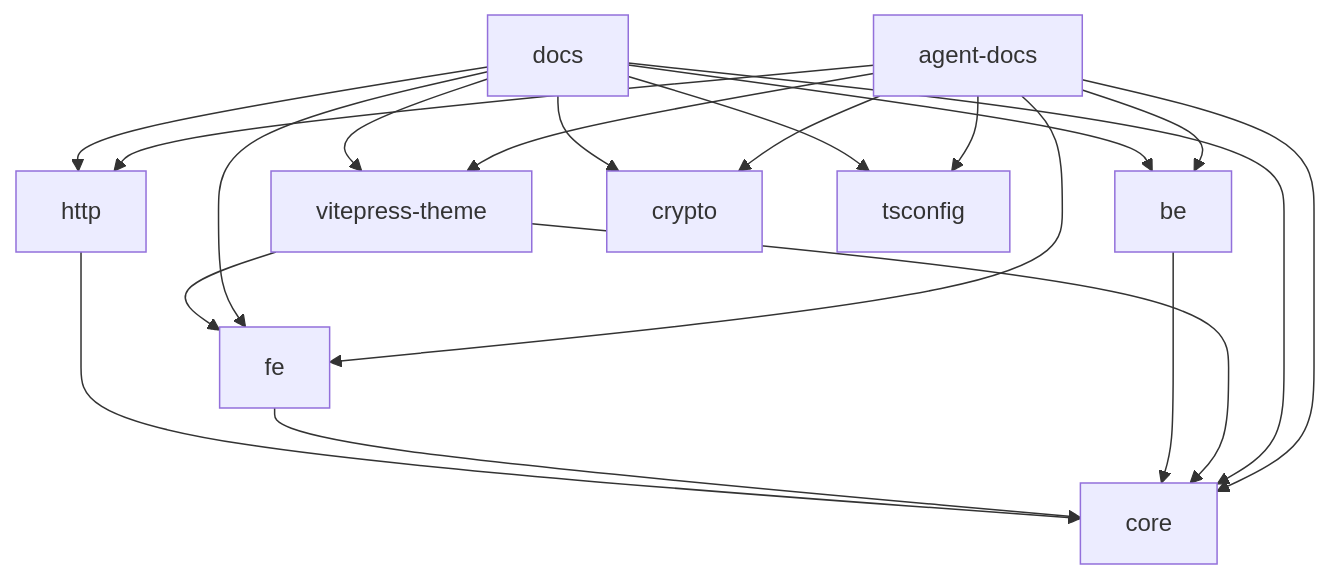
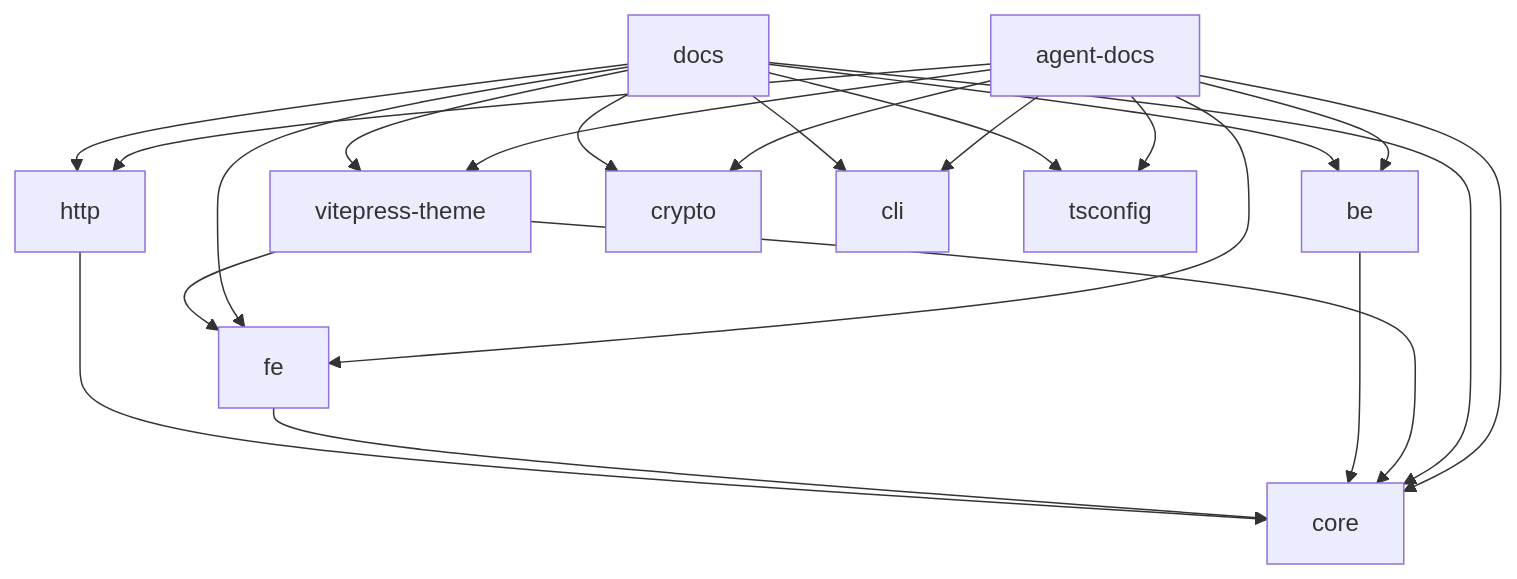
Before and after one commit to cabinet-fe/cat-kit: the diagram in .agents/docs/CODE-MAP.md, drawn with Mermaid. The commit also changed other lines of this file and 14 other files, not shown here.

````diff
--- a/.agents/docs/CODE-MAP.md
+++ b/.agents/docs/CODE-MAP.md
@@ -42,22 +42,24 @@
 ```mermaid
 graph TD
   http --> core
   fe --> core
   be --> core
   vitepress-theme --> core
   vitepress-theme --> fe
   docs --> core
   docs --> http
   docs --> crypto
   docs --> fe
   docs --> be
+  docs --> cli
   docs --> tsconfig
   docs --> vitepress-theme
   agent-docs --> core
   agent-docs --> http
   agent-docs --> crypto
   agent-docs --> fe
   agent-docs --> be
+  agent-docs --> cli
   agent-docs --> tsconfig
   agent-docs --> vitepress-theme
 ```
````
